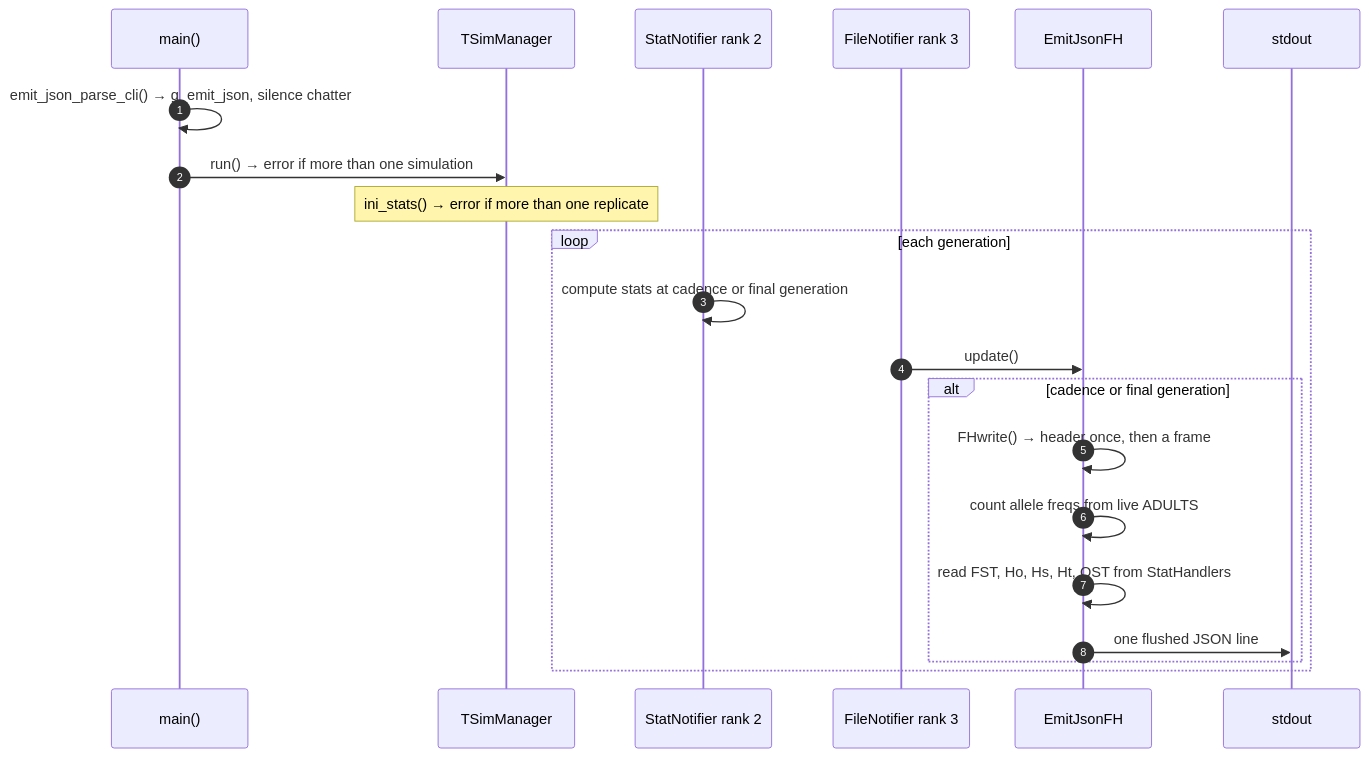
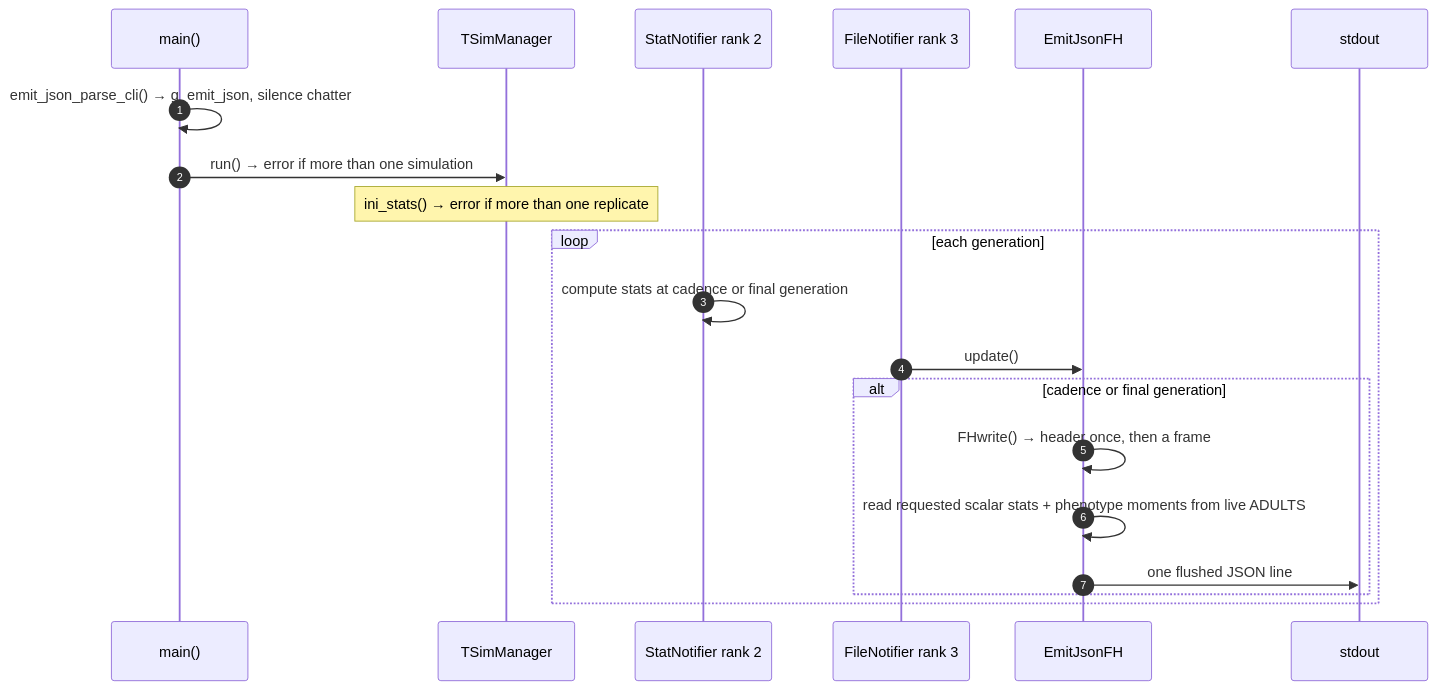
Before and after one commit to jgx65/quantinemo: the ninth of 9 diagrams in doc/developer_guide.md, drawn with Mermaid. The commit also changed other lines of this file and 2 other files, not shown here.

First line of the commit message:
--emit-json: drop allele_freqs, bump schema_version to 3

````diff
--- a/doc/developer_guide.md
+++ b/doc/developer_guide.md
@@ -587,23 +593,22 @@
 ```mermaid
 sequenceDiagram
   autonumber
   participant CLI as main()
   participant SM as TSimManager
   participant SN as StatNotifier rank 2
   participant FN as FileNotifier rank 3
   participant E as EmitJsonFH
   participant OUT as stdout
   CLI->>CLI: emit_json_parse_cli() → g_emit_json, silence chatter
   CLI->>SM: run() → error if more than one simulation
   Note over SM: ini_stats() → error if more than one replicate
   loop each generation
     SN->>SN: compute stats at cadence or final generation
     FN->>E: update()
     alt cadence or final generation
       E->>E: FHwrite() → header once, then a frame
-      E->>E: count allele freqs from live ADULTS
-      E->>E: read FST, Ho, Hs, Ht, QST from StatHandlers
+      E->>E: read requested scalar stats + phenotype moments from live ADULTS
       E->>OUT: one flushed JSON line
     end
   end
 ```
````
